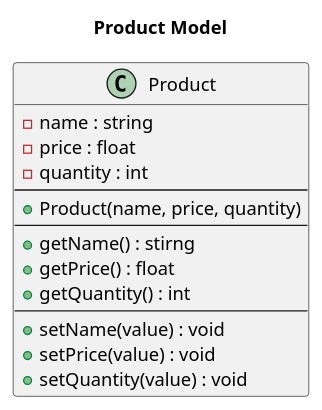
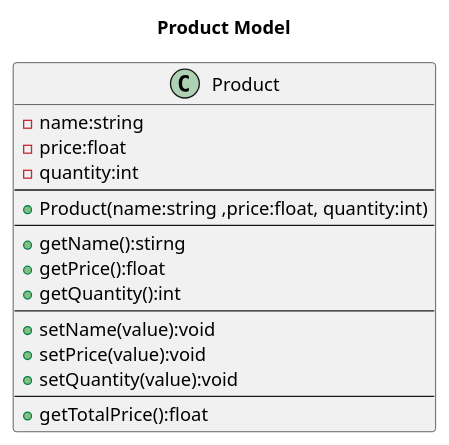
One commit to Nurettin-Kaplan/OOPExercises changed the diagram in UMLs/01_ProductModel.wsd. Above: the diagram before and after it, drawn with PlantUML. The commit also changed 1 other file, not shown here.

```diff
--- a/UMLs/01_ProductModel.wsd
+++ b/UMLs/01_ProductModel.wsd
@@ -1,21 +1,23 @@
 @startuml
 
 title Product Model
 
 class Product {
-    -name : string
-    -price : float
-    -quantity : int 
+    -name:string
+    -price:float
+    -quantity:int 
     --
-    +Product(name, price, quantity)
+    +Product(name:string ,price:float, quantity:int)
     --
-    +getName() : stirng
-    +getPrice() : float
-    +getQuantity() : int
+    +getName():stirng
+    +getPrice():float
+    +getQuantity():int
     --
-    +setName(value) : void
-    +setPrice(value) : void
-    +setQuantity(value) : void
+    +setName(value):void
+    +setPrice(value):void
+    +setQuantity(value):void
+    --
+    +getTotalPrice():float
 }
 
 @enduml
```
